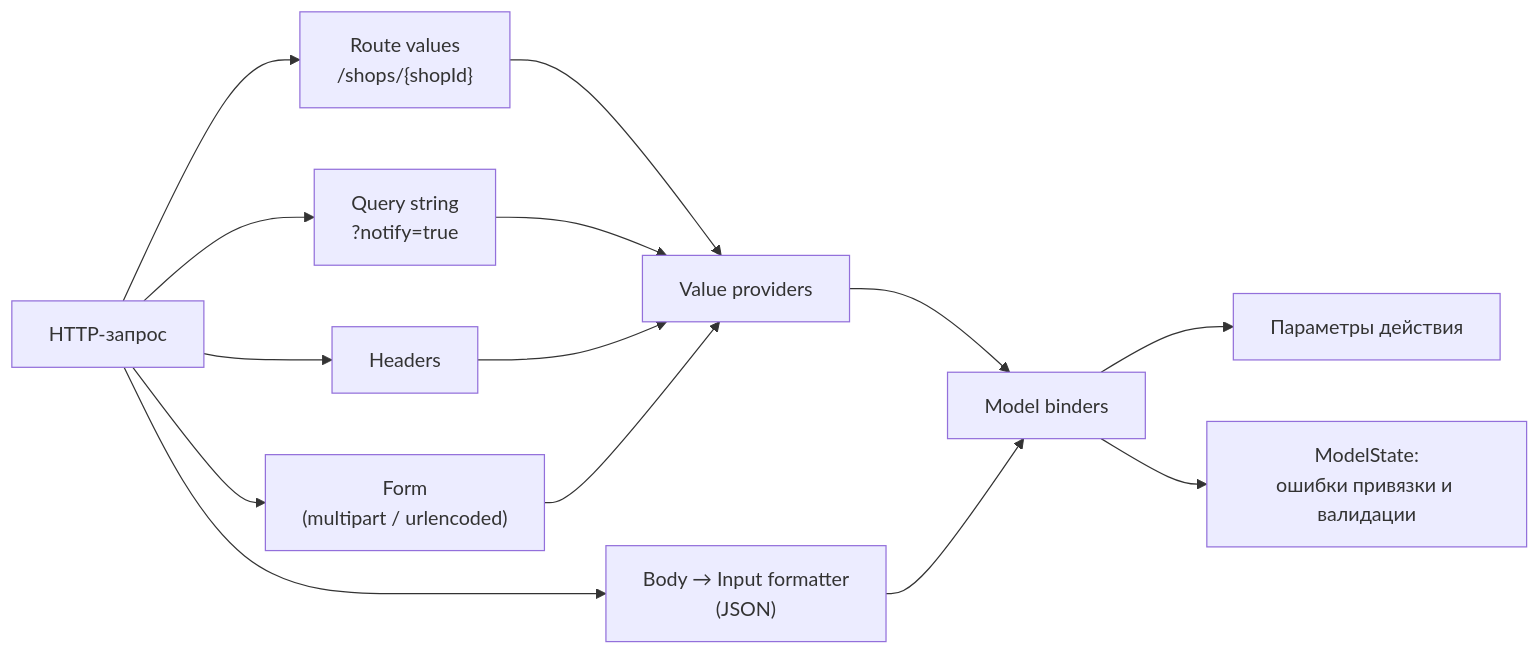
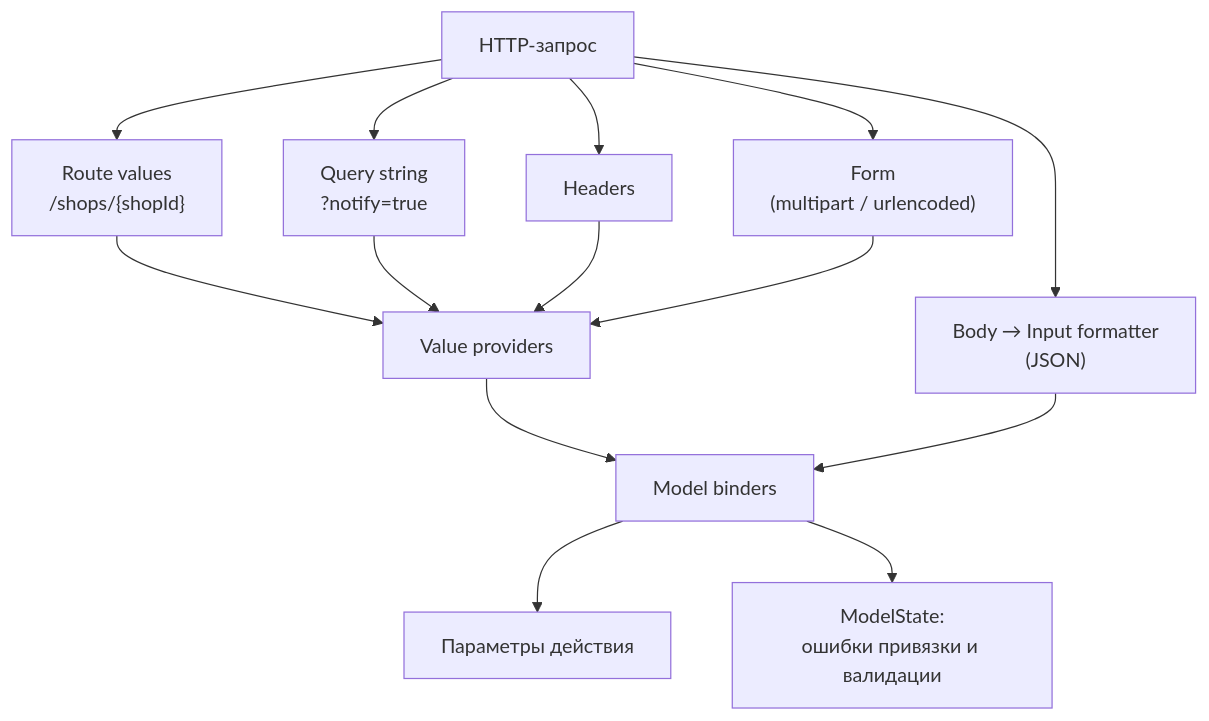
One commit to sh-sharifjonov/DotnetQuestionsForMiddle changed the diagram in content/02-aspnet-core/06-model-binding-validation.md. Above: the diagram before and after it, drawn with Mermaid. The commit also changed 51 other files, not shown here.

First line of the commit message:
Improve diagram layouts, warn about over-wide diagrams

````diff
--- a/content/02-aspnet-core/06-model-binding-validation.md
+++ b/content/02-aspnet-core/06-model-binding-validation.md
@@ -35,13 +35,13 @@
 ```mermaid Источники значений для model binding
-flowchart LR
+flowchart TD
     REQ["HTTP-запрос"] --> RT["Route values<br/>/shops/{shopId}"]
     REQ --> QS["Query string<br/>?notify=true"]
     REQ --> HD["Headers"]
     REQ --> FM["Form<br/>(multipart / urlencoded)"]
     REQ --> BD["Body → Input formatter<br/>(JSON)"]
     RT & QS & HD & FM --> VP["Value providers"]
     VP --> MB["Model binders"]
     BD --> MB
     MB --> P["Параметры действия"]
     MB --> MS["ModelState:<br/>ошибки привязки и валидации"]:::warn
 ```
````
